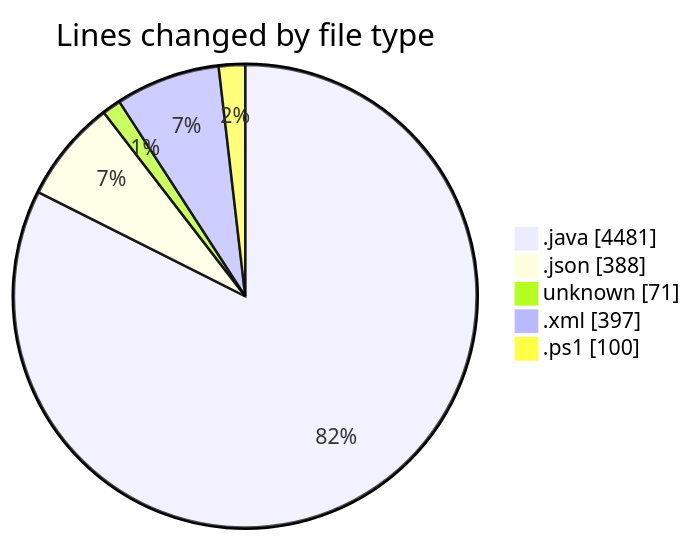
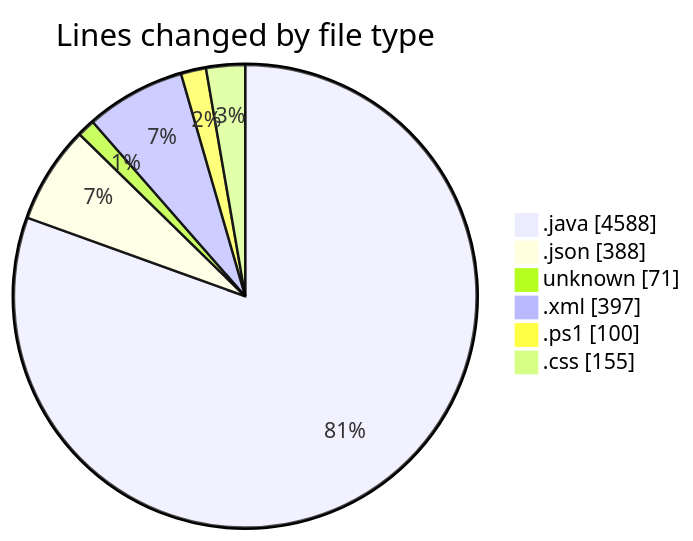
One commit to charlie-sans/code-tracking changed the first of 2 diagrams in 2025-02-25/micros/README.md. Above: the diagram before and after it, drawn with Mermaid. The commit also changed other lines of this file and 1 other file, not shown here.

````diff
--- a/2025-02-25/micros/README.md
+++ b/2025-02-25/micros/README.md
@@ -38,9 +41,10 @@
 ```mermaid
 pie showData
 title Lines changed by file type
-".java" : 4481
+".java" : 4588
 ".json" : 388
 "unknown" : 71
 ".xml" : 397
 ".ps1" : 100
+".css" : 155
 ```
````
